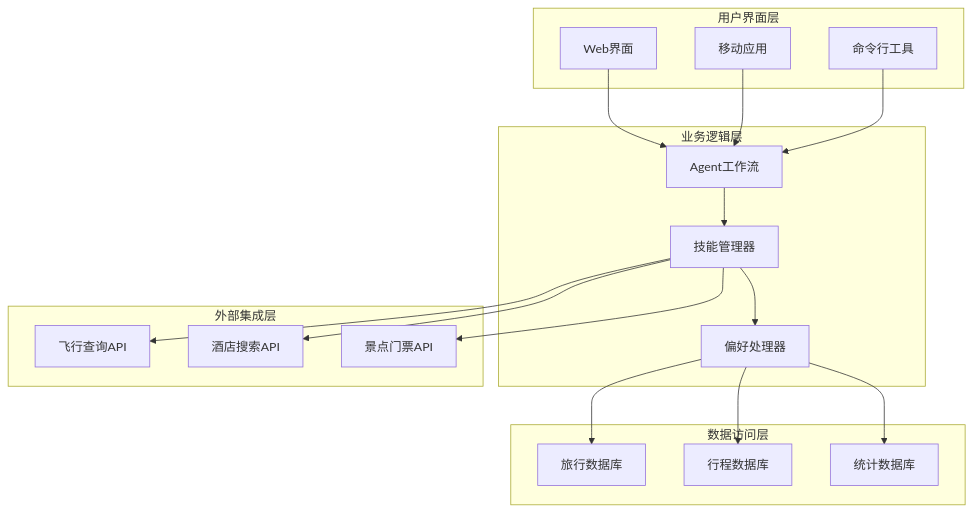
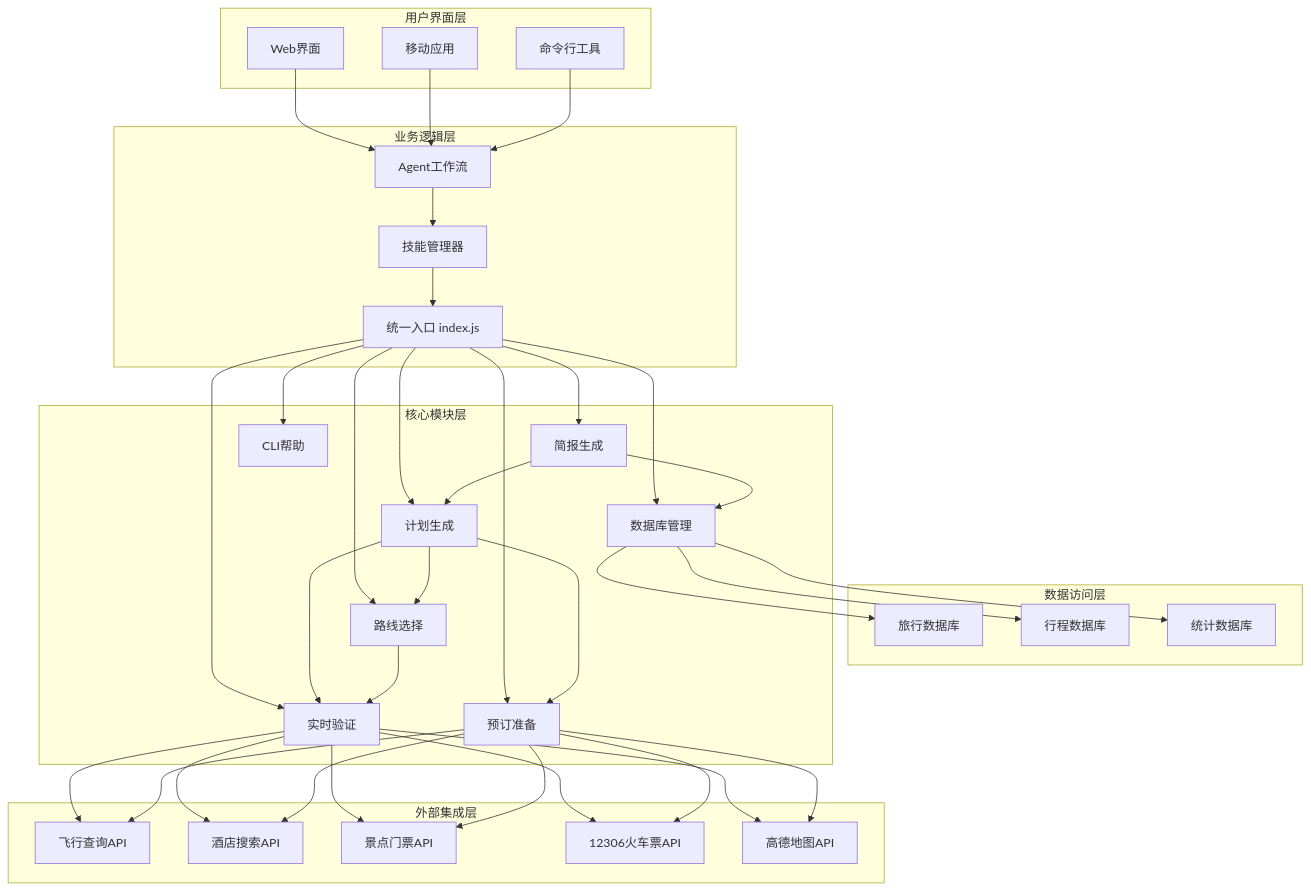
One commit to verse-ai-org/openclaw changed the second of 8 diagrams in .qoder/repowiki/zh/content/技能平台/内置技能/旅行规划技能系统.md. Above: the diagram before and after it, drawn with Mermaid. The commit also changed other lines of this file and 23 other files, not shown here.

````diff
--- a/.qoder/repowiki/zh/content/技能平台/内置技能/旅行规划技能系统.md
+++ b/.qoder/repowiki/zh/content/技能平台/内置技能/旅行规划技能系统.md
@@ -141,34 +204,65 @@
 ```mermaid
 graph TB
 subgraph "用户界面层"
 A[Web界面]
 B[移动应用]
 C[命令行工具]
 end
 subgraph "业务逻辑层"
 D[Agent工作流]
 E[技能管理器]
-F[偏好处理器]
+F[统一入口 index.js]
 end
 subgraph "数据访问层"
 G[旅行数据库]
 H[行程数据库]
 I[统计数据库]
 end
 subgraph "外部集成层"
 J[飞行查询API]
 K[酒店搜索API]
 L[景点门票API]
+M[12306火车票API]
+N[高德地图API]
+end
+subgraph "核心模块层"
+O[数据库管理]
+P[计划生成]
+Q[路线选择]
+R[实时验证]
+S[预订准备]
+T[简报生成]
+U[CLI帮助]
 end
 A --> D
 B --> D
 C --> D
 D --> E
 E --> F
-F --> G
-F --> H
-F --> I
-E --> J
-E --> K
-E --> L
+F --> O
+F --> P
+F --> Q
+F --> R
+F --> S
+F --> T
+F --> U
+O --> G
+O --> H
+O --> I
+P --> Q
+P --> R
+P --> S
+Q --> R
+R --> J
+R --> K
+R --> L
+R --> M
+R --> N
+S --> J
+S --> K
+S --> L
+S --> M
+S --> N
+T --> O
+T --> P
 ```
````
